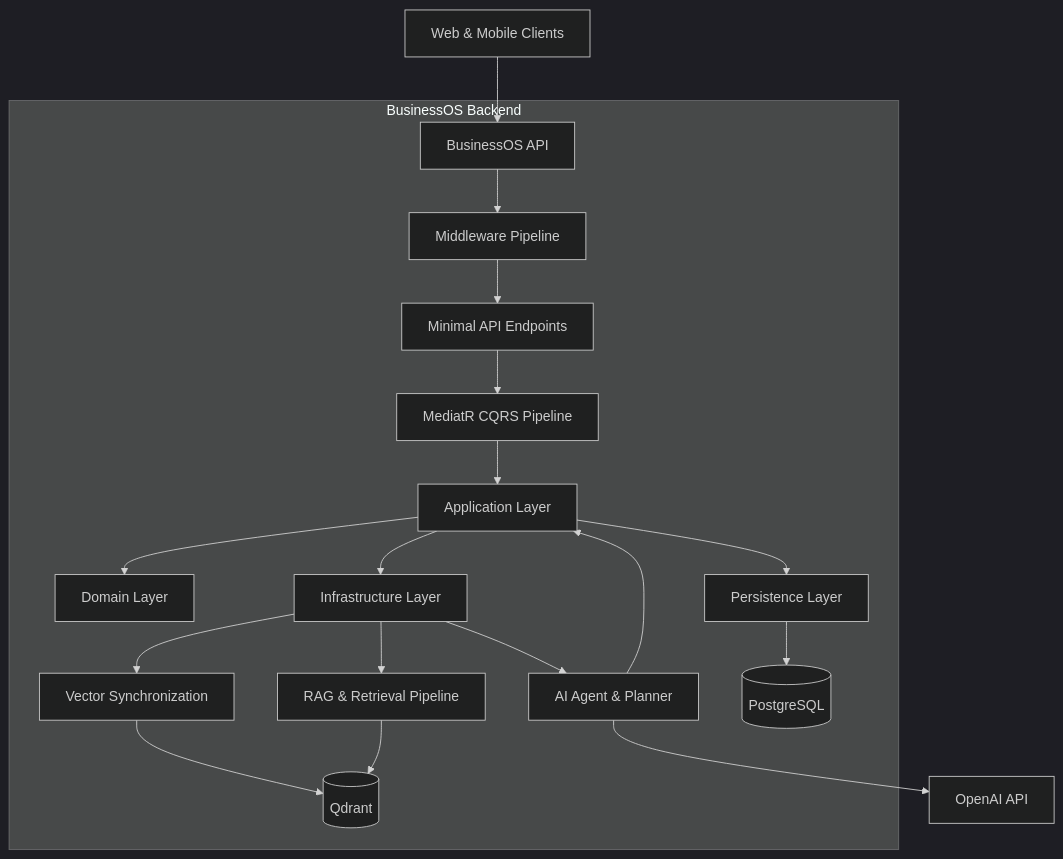
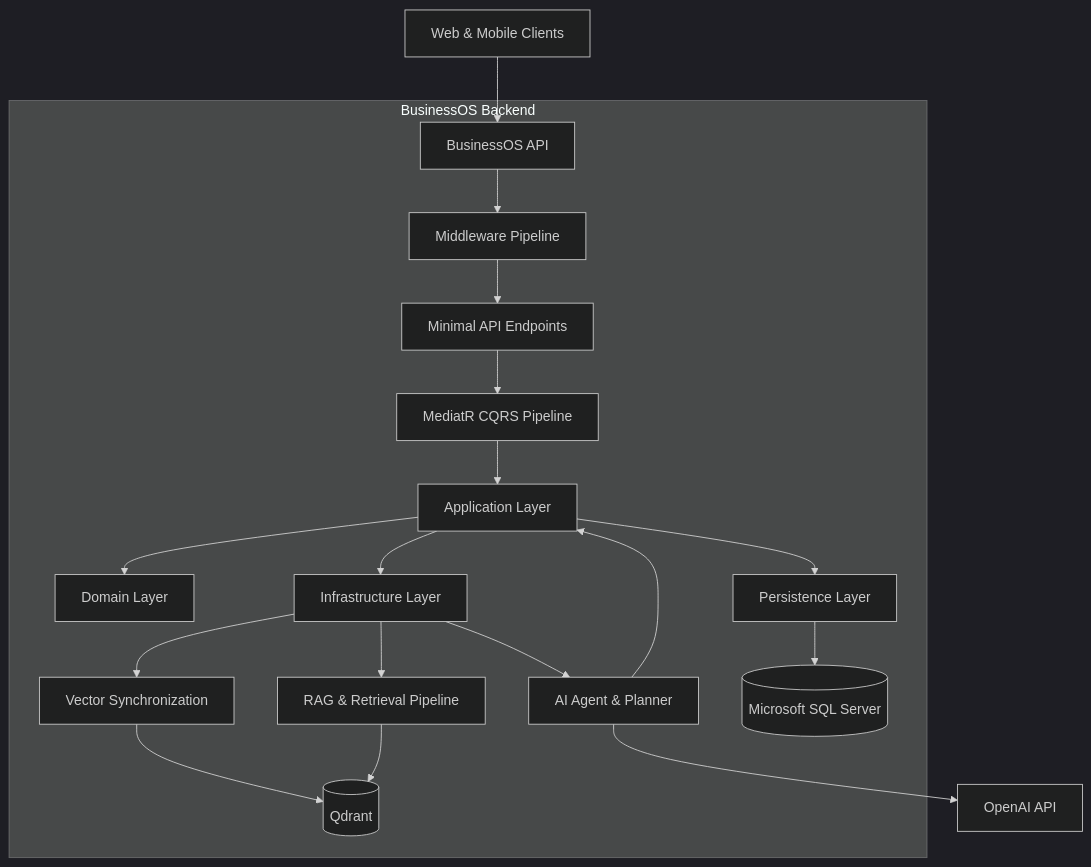
One commit to aliahsan9/BusinessOS changed the diagram in README.md. Above: the diagram before and after it, drawn with Mermaid (dark theme). The commit also changed other lines of this file, not shown here.

Commit message:
Update README to reflect Microsoft SQL Server usage

````diff
--- a/README.md
+++ b/README.md
@@ -106,29 +105,29 @@
 ```mermaid
 graph TD
     Client[Web & Mobile Clients]
 
     Client --> API[BusinessOS API]
 
     subgraph Backend["BusinessOS Backend"]
         API --> Middleware[Middleware Pipeline]
         Middleware --> Endpoints[Minimal API Endpoints]
         Endpoints --> CQRS[MediatR CQRS Pipeline]
 
         CQRS --> App[Application Layer]
         App --> Domain[Domain Layer]
 
         App --> Infra[Infrastructure Layer]
         App --> Persistence[Persistence Layer]
 
         Infra --> Agent[AI Agent & Planner]
         Infra --> RAG[RAG & Retrieval Pipeline]
         Infra --> Sync[Vector Synchronization]
 
-        Persistence --> DB[(PostgreSQL)]
+        Persistence --> DB[(Microsoft SQL Server)]
         Sync --> VectorDB[(Qdrant)]
     end
 
     Agent --> OpenAI[OpenAI API]
     RAG --> VectorDB
     Agent --> App
 ```
````
